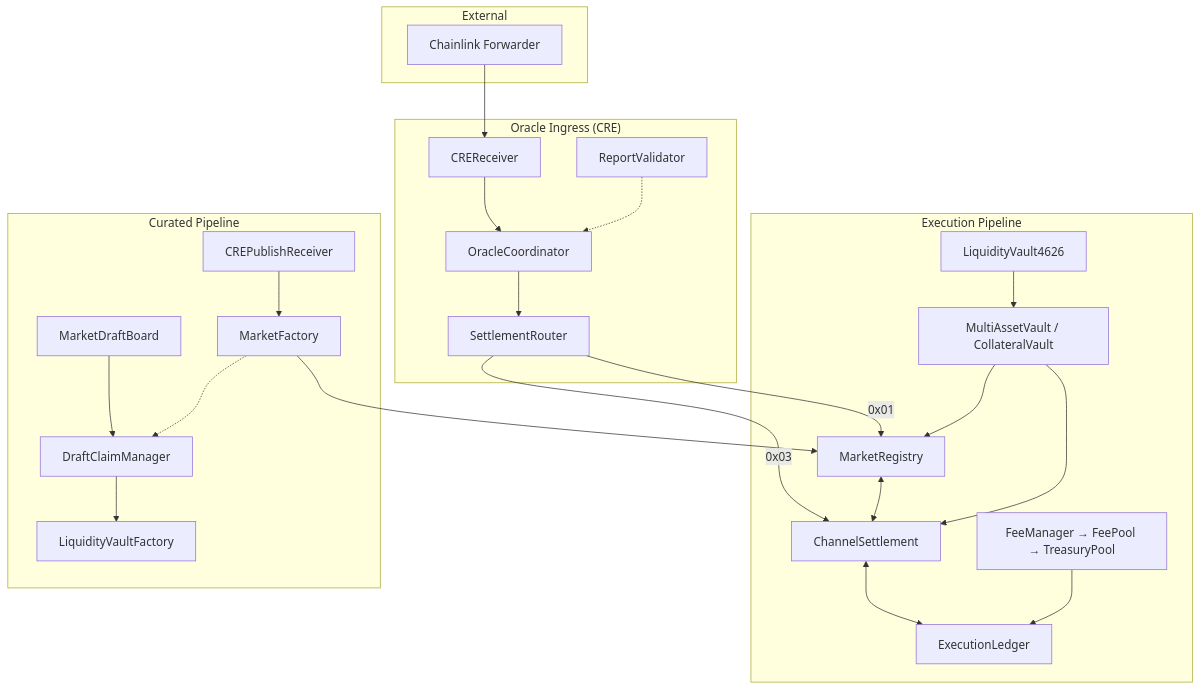
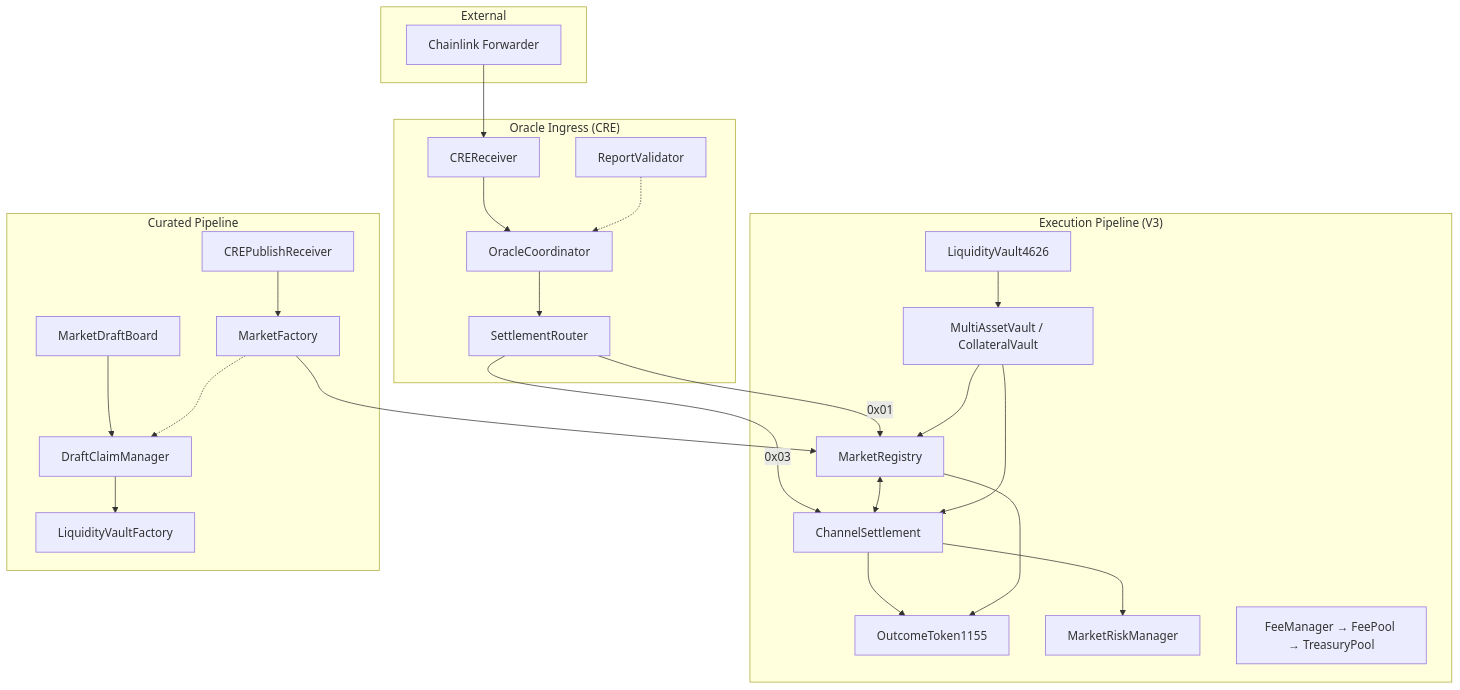
One commit to mAsyamJ/ShadowPool changed the third of 3 diagrams in README.md. Above: the diagram before and after it, drawn with Mermaid. The commit also changed other lines of this file and 5 other files, not shown here.

````diff
--- a/README.md
+++ b/README.md
@@ -103,44 +108,47 @@
 ```mermaid
 flowchart TB
     subgraph ext["External"]
         CL[Chainlink Forwarder]
     end
 
     subgraph oracle["Oracle Ingress (CRE)"]
         CRE[CREReceiver]
         OC[OracleCoordinator]
         RV[ReportValidator]
         SR[SettlementRouter]
     end
 
-    subgraph exec["Execution Pipeline"]
+    subgraph exec["Execution Pipeline (V3)"]
         MR[MarketRegistry]
         CS[ChannelSettlement]
-        EL[ExecutionLedger]
+        OT[OutcomeToken1155]
+        RM[MarketRiskManager]
         MAV[MultiAssetVault / CollateralVault]
         FM[FeeManager → FeePool → TreasuryPool]
         LV[LiquidityVault4626]
     end
 
     subgraph curated["Curated Pipeline"]
         CREP[CREPublishReceiver]
         MF[MarketFactory]
         MDB[MarketDraftBoard]
         DCM[DraftClaimManager]
         LVF[LiquidityVaultFactory]
     end
 
     CL --> CRE --> OC
     RV -.-> OC
     OC --> SR
     SR -->|0x01| MR
     SR -->|0x03| CS
-    MR <--> CS <--> EL
+    MR <--> CS
+    CS --> OT
+    CS --> RM
+    MR --> OT
     MAV --> MR
     MAV --> CS
-    FM --> EL
     LV --> MAV
     CREP --> MF --> MR
     MDB --> DCM --> LVF
     MF -.-> DCM
 ```
````
